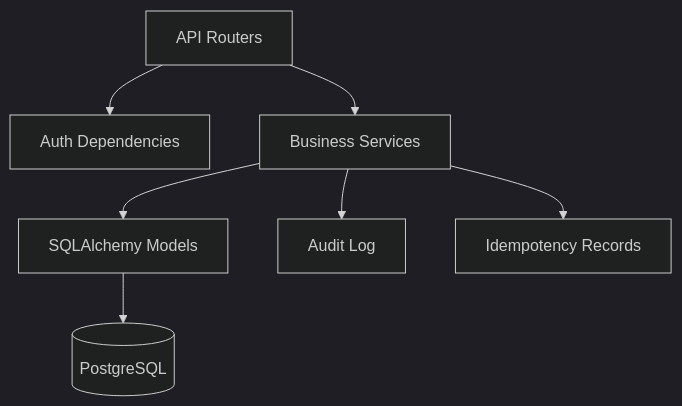
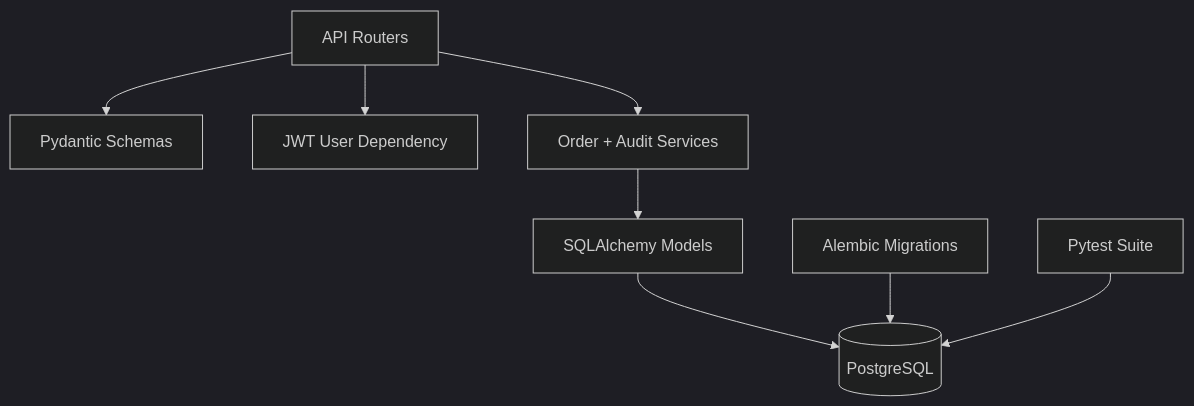
The second of 3 diagrams in README.md (KrishAryan12/stockroom), drawn with Mermaid (dark theme) before and after one commit. The commit also changed other lines of this file and 18 other files, not shown here.

````diff
--- a/README.md
+++ b/README.md
@@ -26,9 +100,10 @@
 ```mermaid
 flowchart TB
-  API[API Routers] --> Auth[Auth Dependencies]
-  API --> Services[Business Services]
-  Services --> Models[SQLAlchemy Models]
-  Models --> DB[(PostgreSQL)]
-  Services --> Audit[Audit Log]
-  Services --> Idem[Idempotency Records]
+  Routers[API Routers] --> Schemas[Pydantic Schemas]
+  Routers --> Dependencies[JWT User Dependency]
+  Routers --> ServiceLayer[Order + Audit Services]
+  ServiceLayer --> Models[SQLAlchemy Models]
+  Models --> Postgres[(PostgreSQL)]
+  Alembic[Alembic Migrations] --> Postgres
+  Tests[Pytest Suite] --> Postgres
 ```
````
